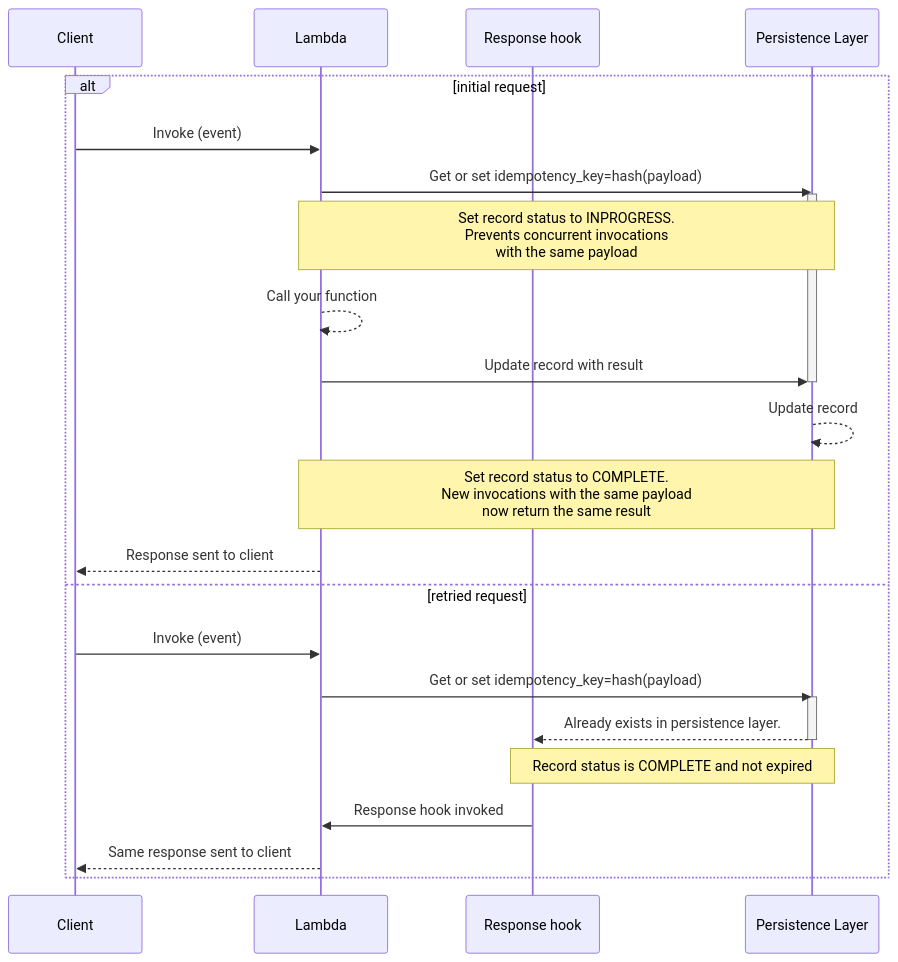
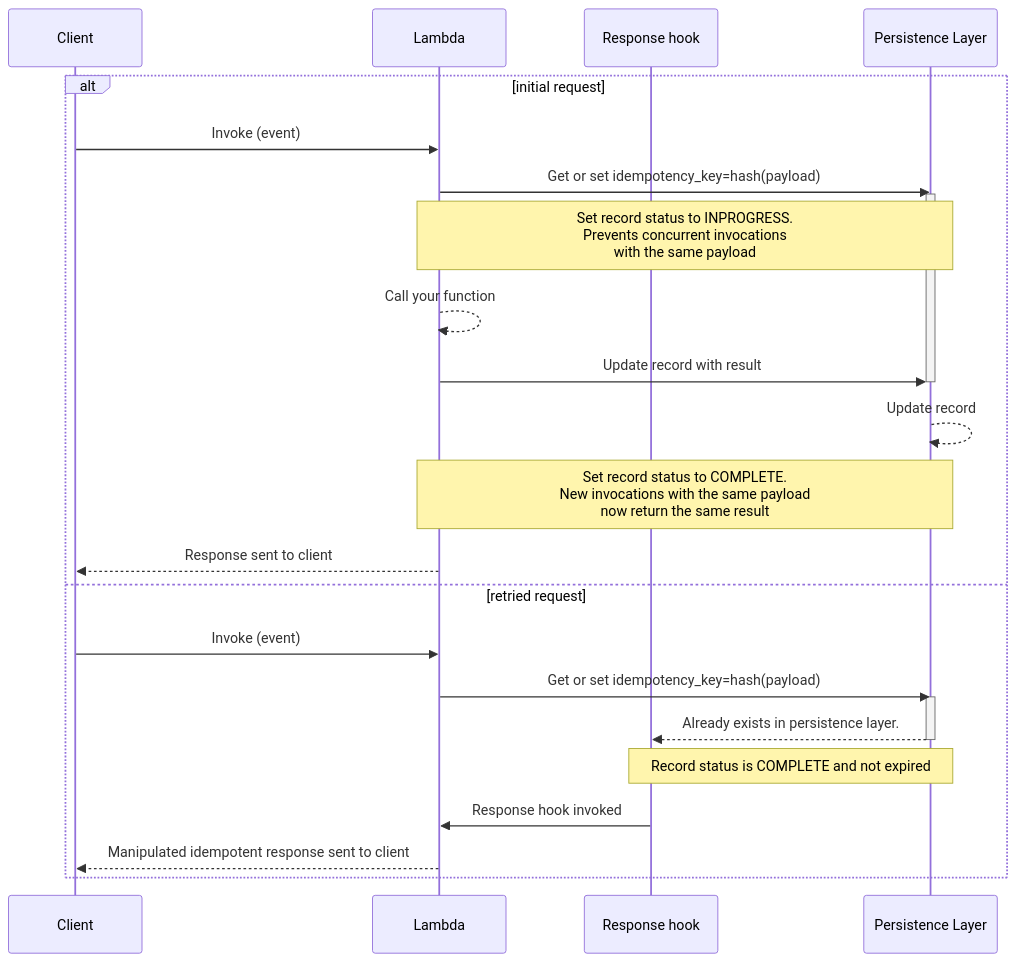
Before and after one commit to aws-powertools/powertools-lambda-python: the fifth of 10 diagrams in docs/utilities/idempotency.md, drawn with Mermaid. The commit also changed other lines of this file and 1 other file, not shown here.

````diff
--- a/docs/utilities/idempotency.md
+++ b/docs/utilities/idempotency.md
@@ -460,28 +460,28 @@
 ```mermaid
 sequenceDiagram
     participant Client
     participant Lambda
     participant Response hook
     participant Persistence Layer
     alt initial request
         Client->>Lambda: Invoke (event)
         Lambda->>Persistence Layer: Get or set idempotency_key=hash(payload)
         activate Persistence Layer
         Note over Lambda,Persistence Layer: Set record status to INPROGRESS. <br> Prevents concurrent invocations <br> with the same payload
         Lambda-->>Lambda: Call your function
         Lambda->>Persistence Layer: Update record with result
         deactivate Persistence Layer
         Persistence Layer-->>Persistence Layer: Update record
         Note over Lambda,Persistence Layer: Set record status to COMPLETE. <br> New invocations with the same payload <br> now return the same result
         Lambda-->>Client: Response sent to client
     else retried request
         Client->>Lambda: Invoke (event)
         Lambda->>Persistence Layer: Get or set idempotency_key=hash(payload)
         activate Persistence Layer
         Persistence Layer-->>Response hook: Already exists in persistence layer.
         deactivate Persistence Layer
         Note over Response hook,Persistence Layer: Record status is COMPLETE and not expired
         Response hook->>Lambda: Response hook invoked
-        Lambda-->>Client: Same response sent to client
+        Lambda-->>Client: Manipulated idempotent response sent to client
     end
 ```
````
